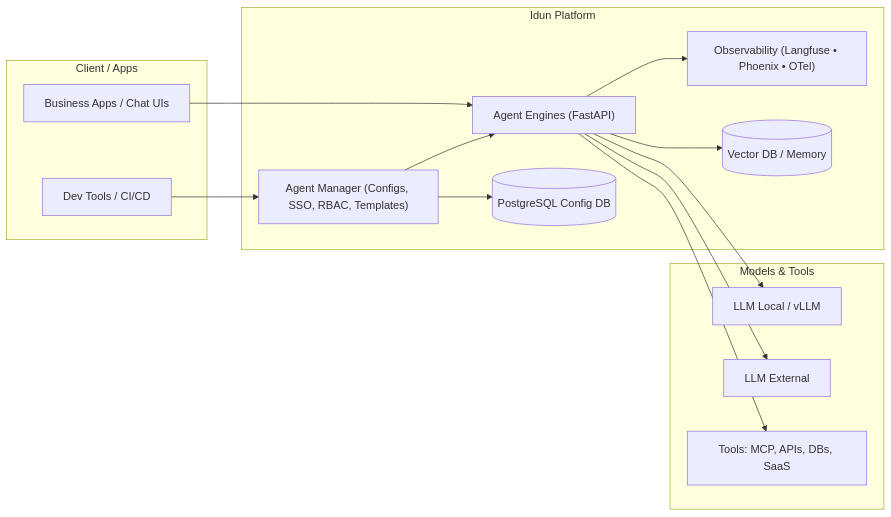
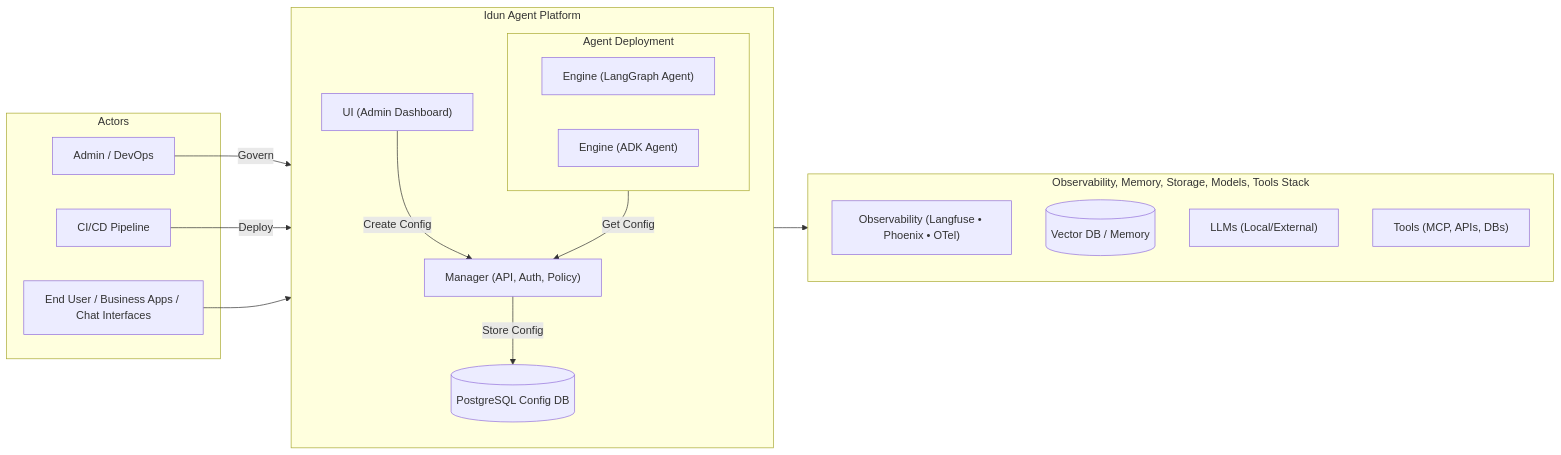
One commit to Idun-Group/idun-agent-platform changed the diagram in README.md. Above: the diagram before and after it, drawn with Mermaid. The commit also changed other lines of this file and 90 other files, not shown here.

````diff
--- a/README.md
+++ b/README.md
@@ -318,31 +251,45 @@
 ```mermaid
 flowchart LR
-  subgraph Client_Apps["Client / Apps"]
-    UI["Business Apps / Chat UIs"]
-    Dev["Dev Tools / CI/CD"]
+  subgraph Actors["Actors"]
+    ChatUI["End User / Business Apps / Chat Interfaces"]
+    Admin["Admin / DevOps"]
+    CICD["CI/CD Pipeline"]
   end
 
-  subgraph Idun_Platform["Idun Platform"]
-    MGR["Agent Manager (Configs, SSO, RBAC, Templates)"]
-    ENG["Agent Engines (FastAPI)"]
-    OBS["Observability (Langfuse • Phoenix • OTel)"]
-    VDB[(Vector DB / Memory)]
+  subgraph Idun_Platform["Idun Agent Platform"]
+    direction TB
+    UI["UI (Admin Dashboard)"]
+    MGR["Manager (API, Auth, Policy)"]
+
+    subgraph Agents["Agent Deployment"]
+      ENG1["Engine (LangGraph Agent)"]
+      ENG2["Engine (ADK Agent)"]
+    end
+
     CFGDB[(PostgreSQL Config DB)]
   end
 
-  subgraph Models_Tools["Models & Tools"]
-    LLMlocal["LLM Local / vLLM"]
-    LLMext["LLM External"]
-    TOOLS["Tools: MCP, APIs, DBs, SaaS"]
+  subgraph Stack["Observability, Memory, Storage, Models, Tools Stack"]
+    OBS["Observability (Langfuse • Phoenix • OTel)"]
+    VDB[(Vector DB / Memory)]
+    LLM["LLMs (Local/External)"]
+    TOOLS["Tools (MCP, APIs, DBs)"]
   end
 
-  UI --> ENG
-  Dev --> MGR
-  MGR --> CFGDB
-  MGR --> ENG
-  ENG --> OBS
-  ENG --> VDB
-  ENG --> LLMlocal
-  ENG --> LLMext
-  ENG --> TOOLS
+  %% Admin Governance Flow
+  Admin -- "Govern" --> UI
+  UI -- "Create Config" --> MGR
+  MGR -- "Store Config" --> CFGDB
+
+  %% Engines Fetching Config
+  Agents -- "Get Config" --> MGR
+
+  %% CI/CD Deploying Agents
+  CICD -- "Deploy" --> Agents
+
+  %% End User Flow
+  ChatUI --> Agents
+
+  %% Engine External Connections
+  Agents --> Stack
 ```
````
